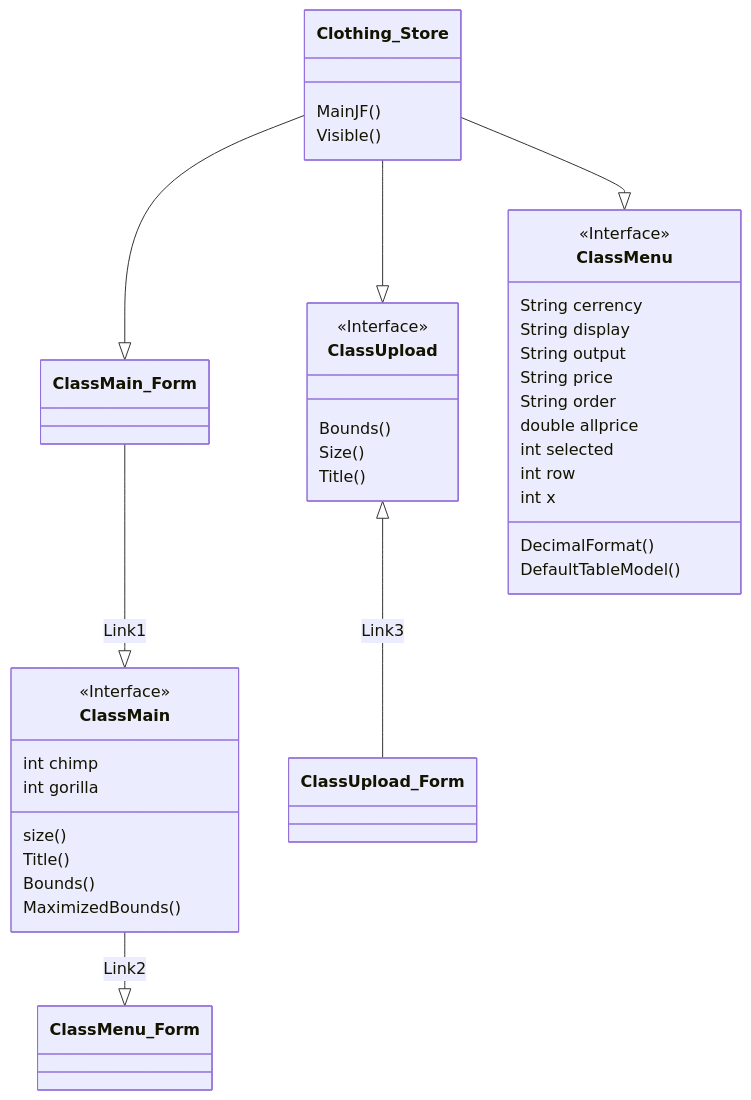
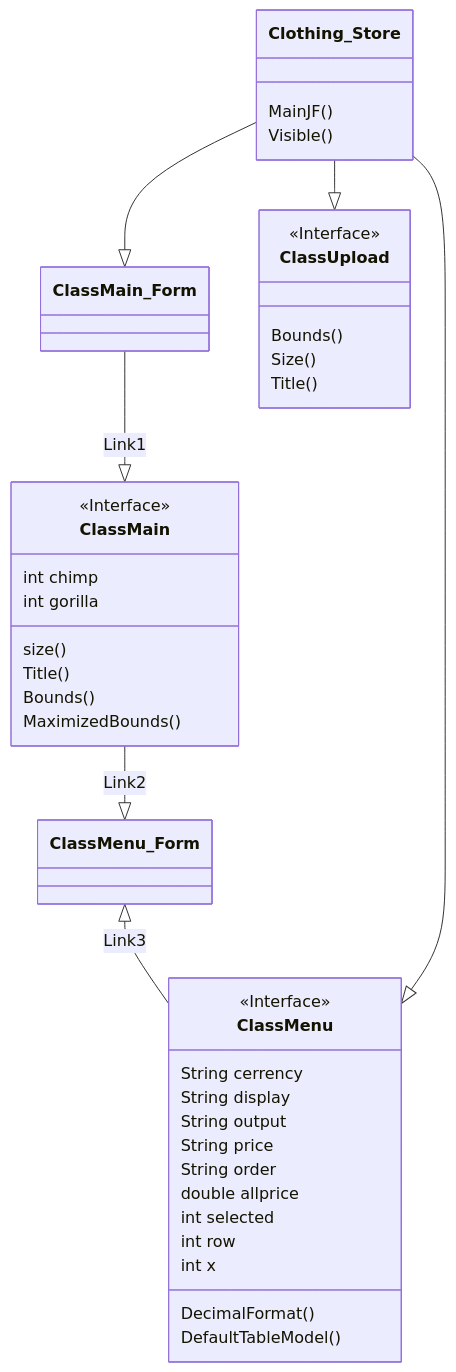
One commit to kawin101/Java_GUI_CRUD_CSV changed the third of 3 diagrams in README.md. Above: the diagram before and after it, drawn with Mermaid.

````diff
--- a/README.md
+++ b/README.md
@@ -33,36 +33,36 @@
 ```mermaid
 classDiagram
 
 ClassMain_Form --|> ClassMain : Link1
 ClassMain --|> ClassMenu_Form : Link2
-ClassUpload <|-- ClassUpload_Form : Link3
+ClassMenu_Form <|-- ClassMenu : Link3
 <<Interface>> ClassMain
 Clothing_Store --|> ClassMain_Form
 Clothing_Store --|> ClassMenu
 Clothing_Store --|> ClassUpload
 Clothing_Store : MainJF()
 Clothing_Store : Visible()
 ClassMain : size()
 ClassMain : Title()
 ClassMain : Bounds()
 ClassMain : MaximizedBounds()
 ClassMain : int chimp
 ClassMain : int gorilla
 <<Interface>> ClassMenu
 ClassMenu : String cerrency
 ClassMenu : String display
 ClassMenu : String output
 ClassMenu : String price
 ClassMenu : String order
 ClassMenu : DecimalFormat()
 ClassMenu : double allprice
 ClassMenu : int selected
 ClassMenu : int row
 ClassMenu : int x
 ClassMenu : DefaultTableModel()
 <<Interface>> ClassUpload
 ClassUpload : Bounds()
 ClassUpload : Size()
 ClassUpload : Title()
 
 ```
````
